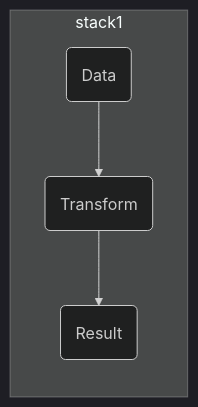
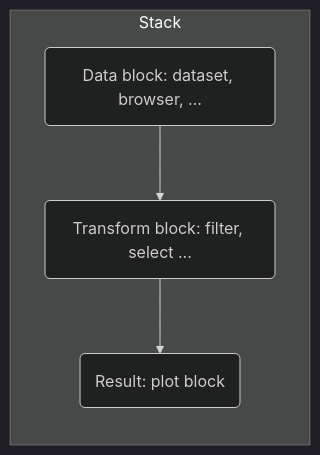
The fourth of 5 diagrams in index.qmd (BristolMyersSquibb/useR2024), drawn with Mermaid (dark theme) before and after one commit. The commit also changed other lines of this file and 1 other file, not shown here.

````diff
--- a/index.qmd
+++ b/index.qmd
@@ -318,11 +285,11 @@
 ```{mermaid}
 %%| mermaid-format: svg
 flowchart TD
-  subgraph stack1
+  subgraph stack1[Stack]
     direction TB
-    input(Data);
-    transform(Transform);
-    output(Result);
+    input(Data block: dataset, browser, ...);
+    transform(Transform block: filter, select ...);
+    output(Result: plot block);
     input --> transform --> output;
   end
 ```
````
